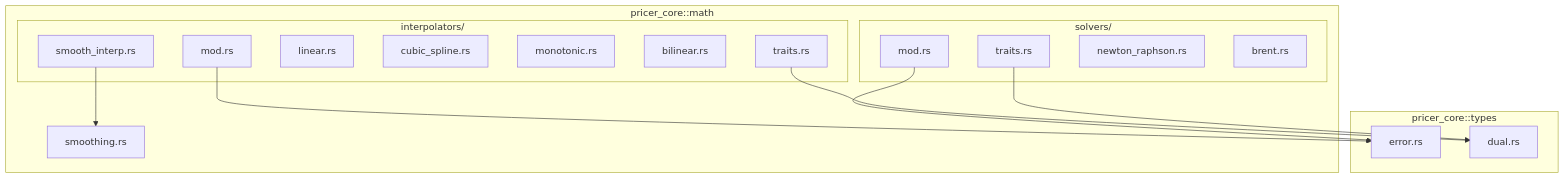
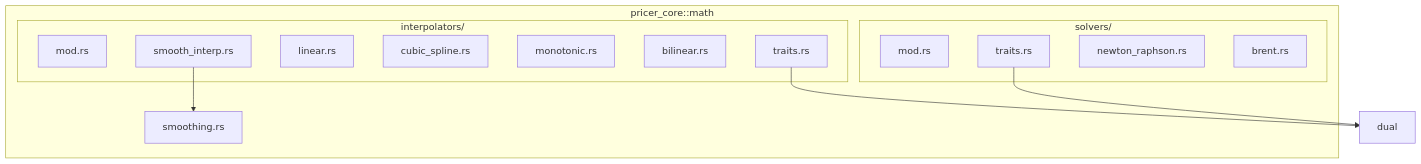
One commit to neutryx-lab/neutryx-rust changed the first of 2 diagrams in .kiro/specs/interpolation-solvers/design.md. Above: the diagram before and after it, drawn with Mermaid. The commit also changed other lines of this file and 40 other files, not shown here.

First line of the commit message:
Refactor models module: Consolidate stochastic models (SABR, Heston, Hull-White) and streamline architecture

````diff
--- a/.kiro/specs/interpolation-solvers/design.md
+++ b/.kiro/specs/interpolation-solvers/design.md
@@ -41,34 +35,27 @@
 ```mermaid
 graph TB
     subgraph pricer_core_math[pricer_core::math]
         smoothing[smoothing.rs]
 
         subgraph interpolators[interpolators/]
             interp_mod[mod.rs]
             interp_traits[traits.rs]
             linear[linear.rs]
             cubic_spline[cubic_spline.rs]
             monotonic[monotonic.rs]
             bilinear[bilinear.rs]
             smooth_interp_fn[smooth_interp.rs]
         end
 
         subgraph solvers[solvers/]
             solver_mod[mod.rs]
             solver_traits[traits.rs]
             newton_raphson[newton_raphson.rs]
             brent[brent.rs]
         end
     end
 
-    subgraph pricer_core_types[pricer_core::types]
-        error[error.rs]
-        dual[dual.rs]
-    end
-
     smooth_interp_fn --> smoothing
     interp_traits --> dual
     solver_traits --> dual
-    interp_mod --> error
-    solver_mod --> error
 ```
````
